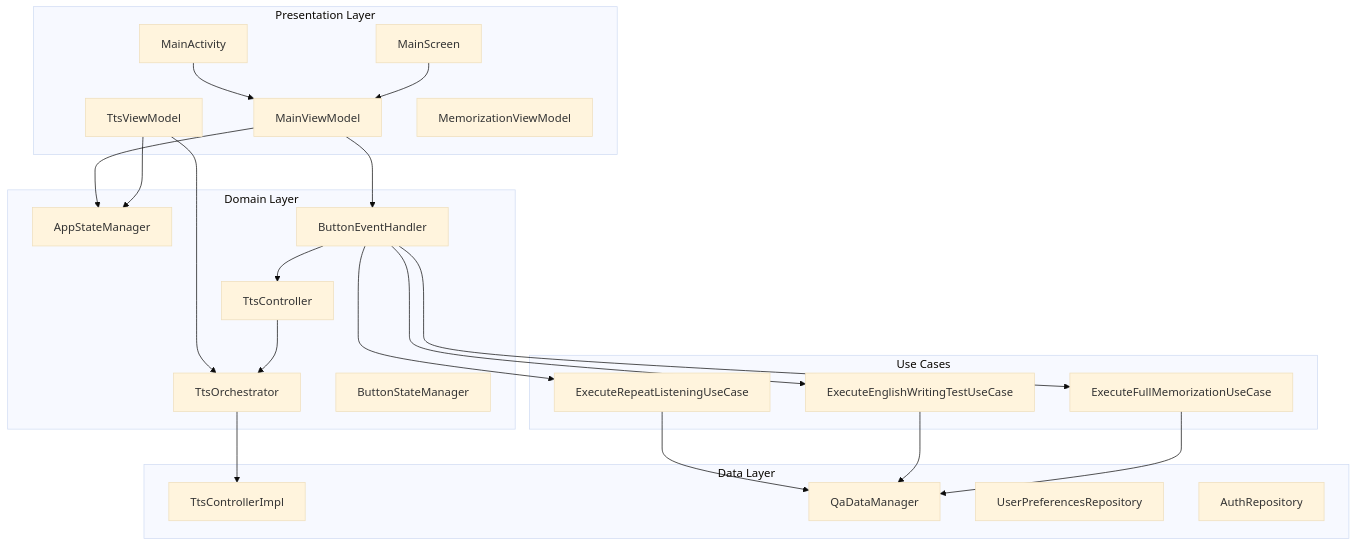
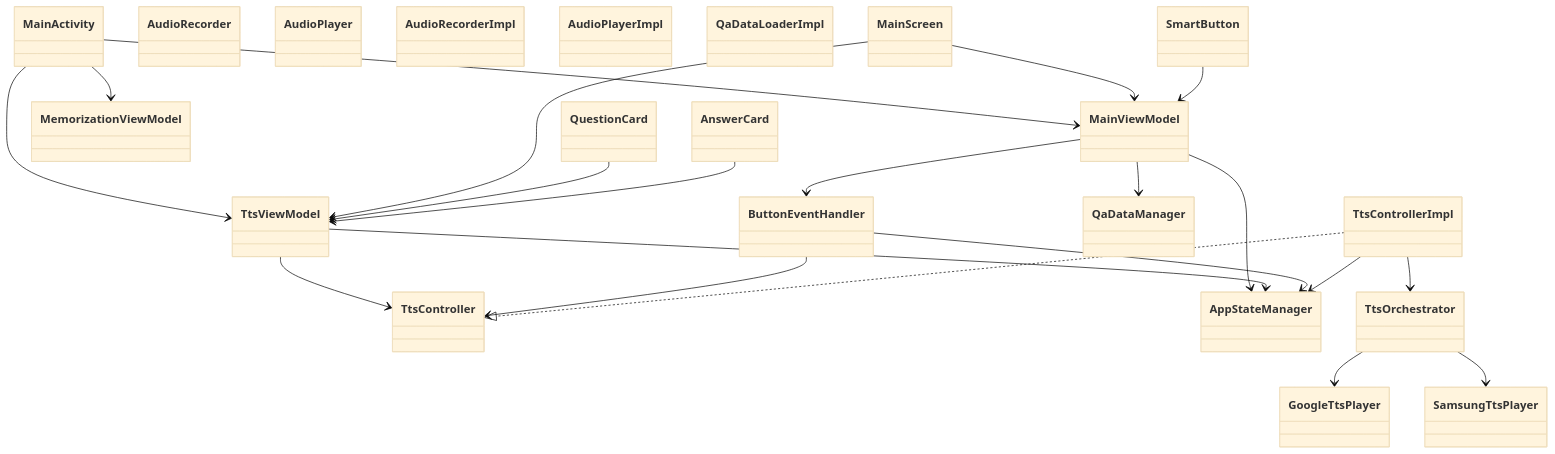
The first of 4 diagrams in docs/ARCHITECTURE_DIAGRAMS.md (AlgoLovers/OPIcHelper), drawn with Mermaid (base theme) before and after one commit. The commit also changed other lines of this file and 1 other file, not shown here.

First line of the commit message:
refactor: TtsViewModel이 TtsController 인터페이스를 사용하도록 수정

````diff
--- a/docs/ARCHITECTURE_DIAGRAMS.md
+++ b/docs/ARCHITECTURE_DIAGRAMS.md
@@ -7,55 +5,59 @@
 ```mermaid
-graph TB
+classDiagram
     %% Presentation Layer
-    subgraph "Presentation Layer"
-        MainActivity
-        MainScreen
-        TtsViewModel
-        MainViewModel
-        MemorizationViewModel
-    end
+    class MainActivity
+    class MainViewModel
+    class TtsViewModel
+    class MemorizationViewModel
     
-    %% Domain Layer
-    subgraph "Domain Layer"
-        AppStateManager
-        ButtonEventHandler
-        TtsController
-        TtsOrchestrator
-        ButtonStateManager
-    end
+    %% Domain Layer - Interfaces
+    class TtsController
+    class ButtonEventHandler
+    class AppStateManager
+    class QaDataManager
+    class AudioRecorder
+    class AudioPlayer
     
-    %% Data Layer
-    subgraph "Data Layer"
-        TtsControllerImpl
-        QaDataManager
-        UserPreferencesRepository
-        AuthRepository
-    end
+    %% Data Layer - Implementations
+    class TtsControllerImpl
+    class TtsOrchestrator
+    class GoogleTtsPlayer
+    class SamsungTtsPlayer
+    class AudioRecorderImpl
+    class AudioPlayerImpl
+    class QaDataLoaderImpl
     
-    %% Use Cases
-    subgraph "Use Cases"
-        ExecuteRepeatListeningUseCase
-        ExecuteEnglishWritingTestUseCase
-        ExecuteFullMemorizationUseCase
-    end
+    %% UI Components
+    class MainScreen
+    class QuestionCard
+    class AnswerCard
+    class SmartButton
     
-    %% Dependencies
+    %% Relationships
     MainActivity --> MainViewModel
-    MainScreen --> MainViewModel
+    MainActivity --> TtsViewModel
+    MainActivity --> MemorizationViewModel
+    
+    MainViewModel --> ButtonEventHandler
     MainViewModel --> AppStateManager
-    MainViewModel --> ButtonEventHandler
+    MainViewModel --> QaDataManager
+    
+    TtsViewModel --> TtsController
     TtsViewModel --> AppStateManager
-    TtsViewModel --> TtsOrchestrator
     
     ButtonEventHandler --> TtsController
-    ButtonEventHandler --> ExecuteRepeatListeningUseCase
-    ButtonEventHandler --> ExecuteEnglishWritingTestUseCase
-    ButtonEventHandler --> ExecuteFullMemorizationUseCase
+    ButtonEventHandler --> AppStateManager
     
-    TtsController --> TtsOrchestrator
-    TtsOrchestrator --> TtsControllerImpl
+    TtsControllerImpl ..|> TtsController
+    TtsControllerImpl --> TtsOrchestrator
+    TtsControllerImpl --> AppStateManager
     
-    ExecuteRepeatListeningUseCase --> QaDataManager
-    ExecuteEnglishWritingTestUseCase --> QaDataManager
-    ExecuteFullMemorizationUseCase --> QaDataManager
+    TtsOrchestrator --> GoogleTtsPlayer
+    TtsOrchestrator --> SamsungTtsPlayer
+    
+    MainScreen --> MainViewModel
+    MainScreen --> TtsViewModel
+    QuestionCard --> TtsViewModel
+    AnswerCard --> TtsViewModel
+    SmartButton --> MainViewModel
 ```
````
